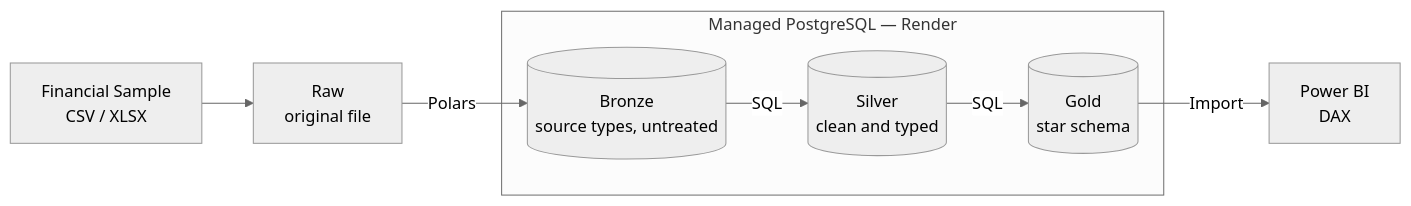
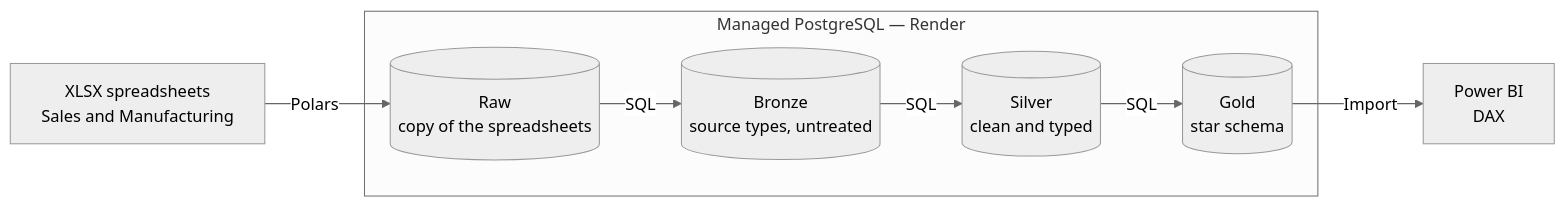
One commit to mAcosOS-banana/financial-sample-medallion-pipeline changed the first of 2 diagrams in README.en.md. Above: the diagram before and after it, drawn with Mermaid (neutral theme). The commit also changed other lines of this file and 2 other files, not shown here.

````diff
--- a/README.en.md
+++ b/README.en.md
@@ -51,14 +72,15 @@
 ```mermaid
 flowchart LR
-    A[Financial Sample<br/>CSV / XLSX] --> B[Raw<br/>original file]
-    B -->|Polars| C[(Bronze<br/>source types, untreated)]
+    A[XLSX spreadsheets<br/>Sales and Manufacturing] -->|Polars| B[(Raw<br/>copy of the spreadsheets)]
+    B -->|SQL| C[(Bronze<br/>source types, untreated)]
     C -->|SQL| D[(Silver<br/>clean and typed)]
     D -->|SQL| E[(Gold<br/>star schema)]
     E -->|Import| F[Power BI<br/>DAX]
 
     subgraph Render [Managed PostgreSQL — Render]
+        B
         C
         D
         E
     end
 ```
````
